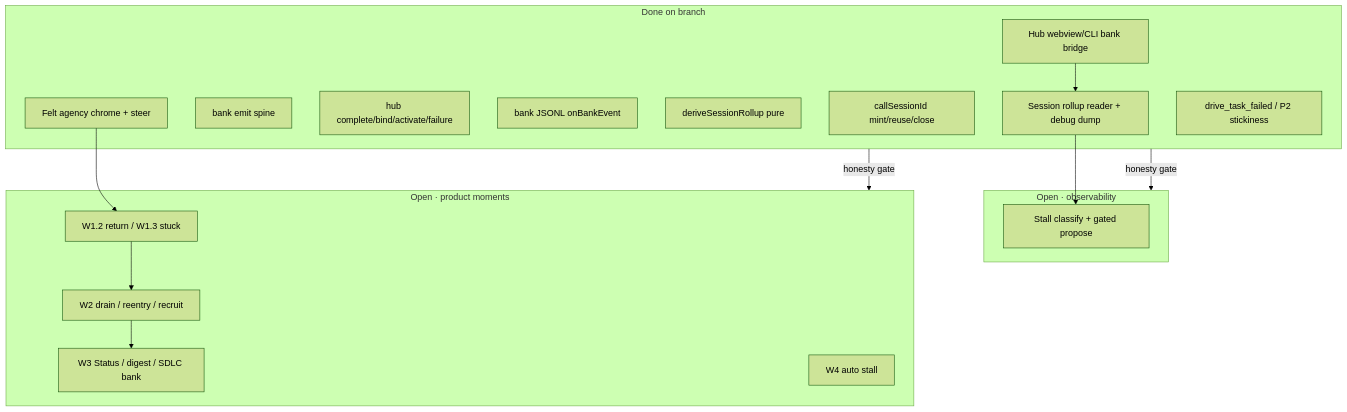
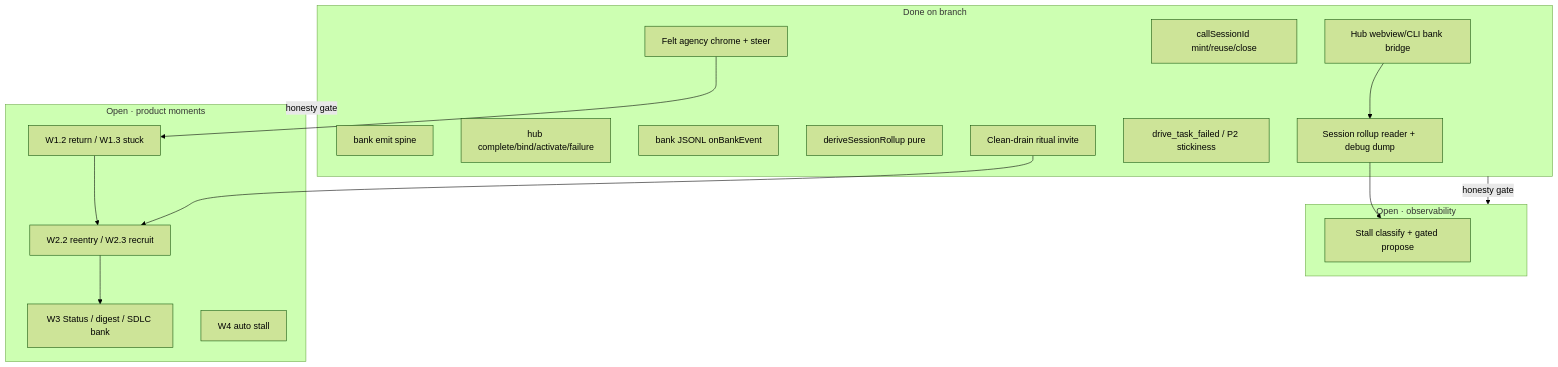
Before and after one commit to drive-mode/cline-drivecode: the diagram in docs/drivecode/plans/cline-drivemode/delivery/REMAINING-task-satisfaction.md, drawn with Mermaid (forest theme). The commit also changed other lines of this file and 11 other files, not shown here.

First line of the commit message:
feat(drive): clean-drain ritual invite after plan success

````diff
--- a/docs/drivecode/plans/cline-drivemode/delivery/REMAINING-task-satisfaction.md
+++ b/docs/drivecode/plans/cline-drivemode/delivery/REMAINING-task-satisfaction.md
@@ -30,30 +30,32 @@
 ```mermaid
 flowchart TD
   subgraph Done["Done on branch"]
     CS["callSessionId mint/reuse/close"]
     Emit["bank emit spine"]
     HubOps["hub complete/bind/activate/failure"]
     Log["bank JSONL onBankEvent"]
     Rollup["deriveSessionRollup pure"]
     Bridge["Hub webview/CLI bank bridge"]
     Felt["Felt agency chrome + steer"]
     Reader["Session rollup reader + debug dump"]
     P2ev["drive_task_failed / P2 stickiness"]
+    CleanDrain["Clean-drain ritual invite"]
   end
   subgraph OpenObs["Open · observability"]
     S3["Stall classify + gated propose"]
   end
   subgraph OpenMoments["Open · product moments"]
     W1["W1.2 return / W1.3 stuck"]
-    W2["W2 drain / reentry / recruit"]
+    W2["W2.2 reentry / W2.3 recruit"]
     W3["W3 Status / digest / SDLC bank"]
     W4["W4 auto stall"]
   end
   Done -->|"honesty gate"| OpenObs
   Done -->|"honesty gate"| OpenMoments
   Bridge --> Reader
   Reader --> S3
   Felt --> W1
   W1 --> W2
+  CleanDrain --> W2
   W2 --> W3
 ```
````
